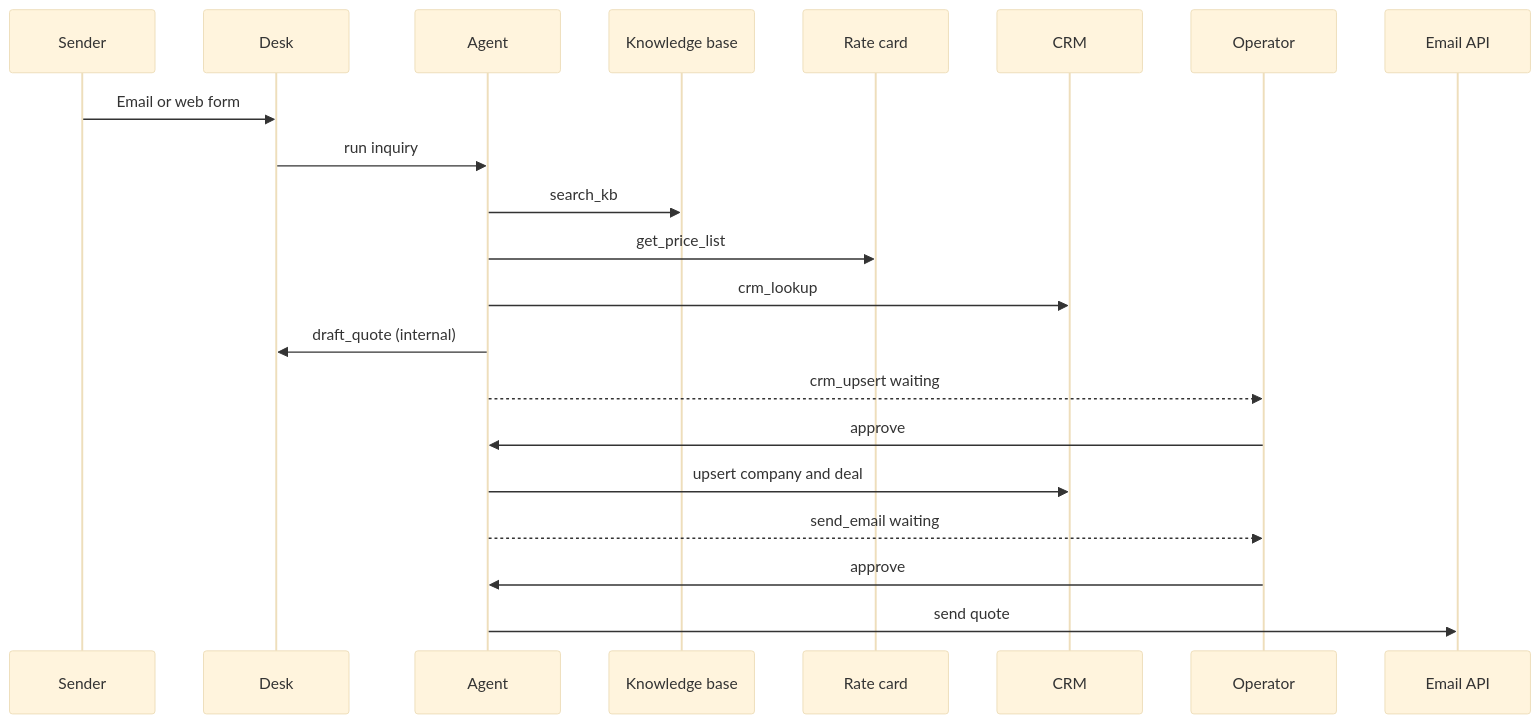
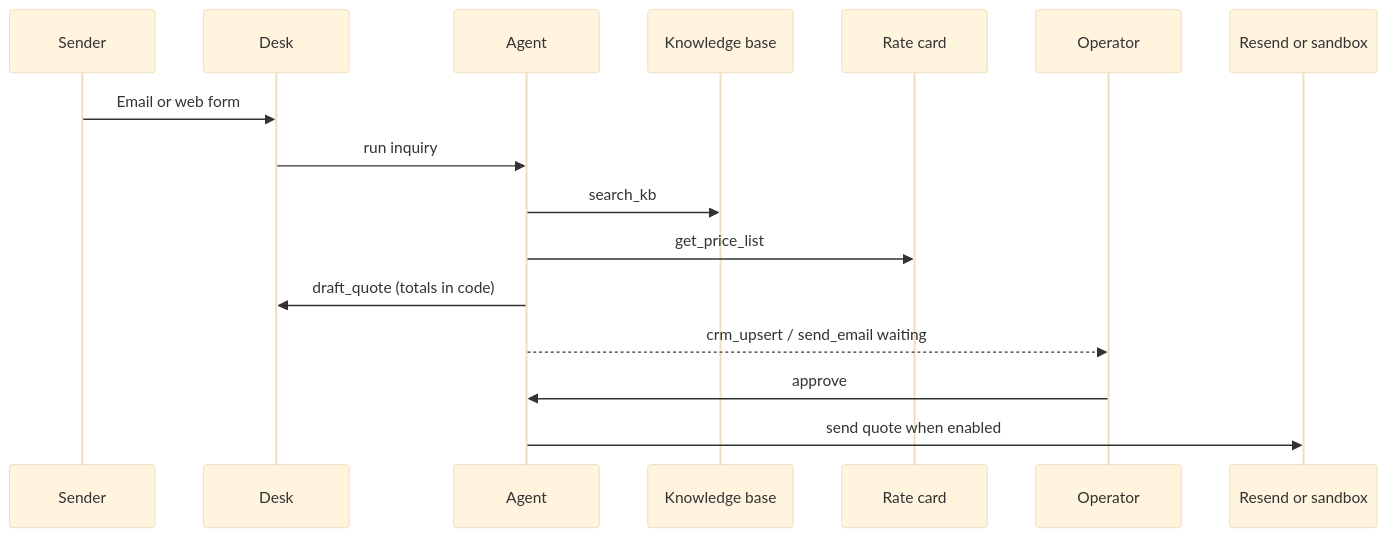
One commit to mustafaautomation/ai-sales-ops-agent changed the second of 2 diagrams in README.md. Above: the diagram before and after it, drawn with Mermaid (base theme). The commit also changed other lines of this file and 75 other files, not shown here.

````diff
--- a/README.md
+++ b/README.md
@@ -96,24 +103,19 @@
 ```mermaid
 sequenceDiagram
   participant Sender
   participant Desk
   participant Agent
   participant KB as Knowledge base
   participant Rates as Rate card
-  participant CRM
   participant Operator
-  participant Mail as Email API
+  participant Mail as Resend or sandbox
 
   Sender->>Desk: Email or web form
   Desk->>Agent: run inquiry
   Agent->>KB: search_kb
   Agent->>Rates: get_price_list
-  Agent->>CRM: crm_lookup
-  Agent->>Desk: draft_quote (internal)
-  Agent-->>Operator: crm_upsert waiting
+  Agent->>Desk: draft_quote (totals in code)
+  Agent-->>Operator: crm_upsert / send_email waiting
   Operator->>Agent: approve
-  Agent->>CRM: upsert company and deal
-  Agent-->>Operator: send_email waiting
-  Operator->>Agent: approve
-  Agent->>Mail: send quote
+  Agent->>Mail: send quote when enabled
 ```
````
